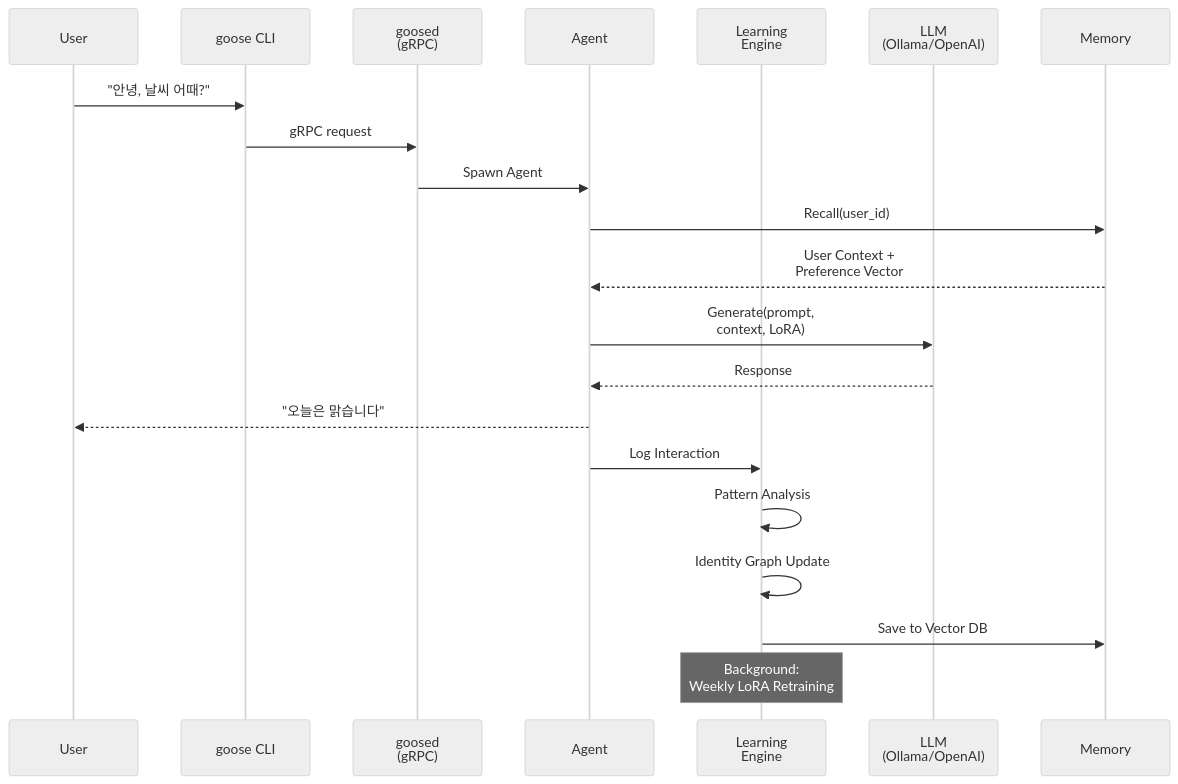
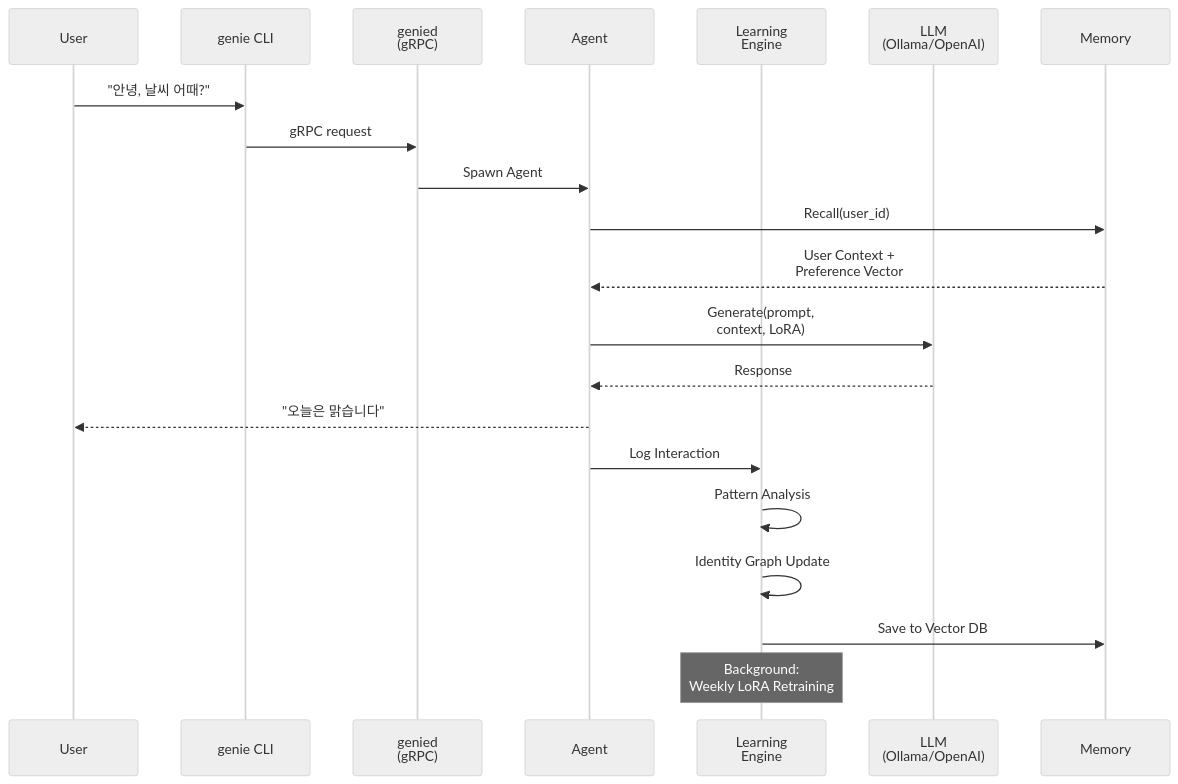
One commit to modu-ai/mink changed the fourth of 5 diagrams in .moai/project/structure.md. Above: the diagram before and after it, drawn with Mermaid (neutral theme). The commit also changed other lines of this file and 149 other files, not shown here.

First line of the commit message:
refactor: goose → genie 식별자 전면 치환 (L3 전환 1/2)

````diff
--- a/.moai/project/structure.md
+++ b/.moai/project/structure.md
@@ -693,24 +693,24 @@
 ```mermaid
 sequenceDiagram
     participant U as User
-    participant C as goose CLI
-    participant D as goosed<br/>(gRPC)
+    participant C as genie CLI
+    participant D as genied<br/>(gRPC)
     participant A as Agent
     participant L as Learning<br/>Engine
     participant LLM as LLM<br/>(Ollama/OpenAI)
     participant M as Memory
     
     U->>C: "안녕, 날씨 어때?"
     C->>D: gRPC request
     D->>A: Spawn Agent
     A->>M: Recall(user_id)
     M-->>A: User Context +<br/>Preference Vector
     A->>LLM: Generate(prompt,<br/>context, LoRA)
     LLM-->>A: Response
     A-->>U: "오늘은 맑습니다"
     A->>L: Log Interaction
     L->>L: Pattern Analysis
     L->>L: Identity Graph Update
     L->>M: Save to Vector DB
     Note over L: Background:<br/>Weekly LoRA Retraining
 ```
````
